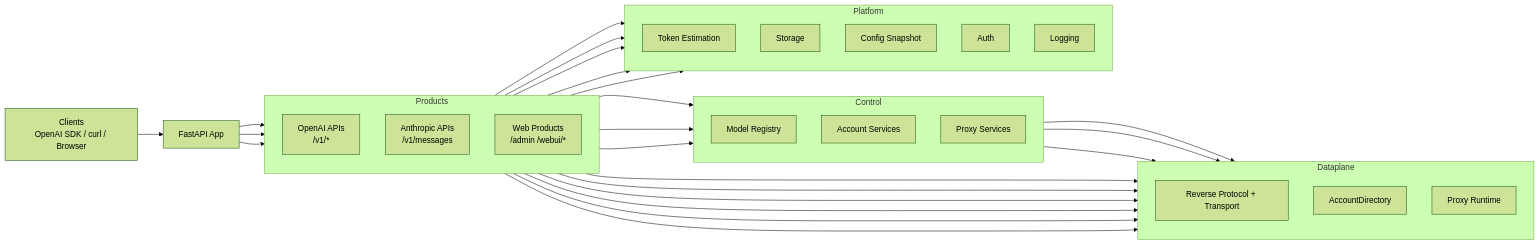
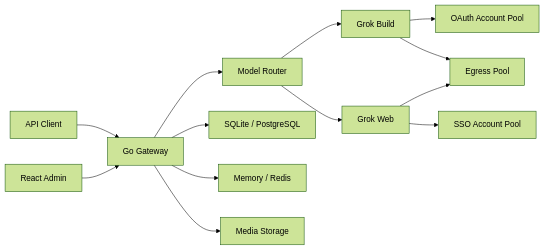
The diagram in README.md (Sakuralaaa/grok2api-minechange), drawn with Mermaid (forest theme) before and after one commit. The commit also changed other lines of this file and 501 other files, not shown here.

First line of the commit message:
Migrate to Go v3 with Web/Build/Console channels.

````diff
--- a/README.md
+++ b/README.md
@@ -30,59 +48,18 @@
 ```mermaid
 flowchart LR
-    Client["Clients\nOpenAI SDK / curl / Browser"] --> API["FastAPI App"]
+    Client["API Client"] --> Gateway["Go Gateway"]
+    Admin["React Admin"] --> Gateway
 
-    subgraph Products["Products"]
-        direction TB
-        OpenAI["OpenAI APIs\n/v1/*"]
-        Anthropic["Anthropic APIs\n/v1/messages"]
-        Web["Web Products\n/admin /webui/*"]
-    end
+    Gateway --> Router["Model Router"]
+    Router --> Build["Grok Build"]
+    Router --> Web["Grok Web"]
 
-    subgraph Control["Control"]
-        direction TB
-        Models["Model Registry"]
-        Accounts["Account Services"]
-        Proxies["Proxy Services"]
-    end
+    Build --> BuildPool["OAuth Account Pool"]
+    Web --> WebPool["SSO Account Pool"]
+    Build --> Egress["Egress Pool"]
+    Web --> Egress
 
-    subgraph Dataplane["Dataplane"]
-        direction TB
-        Reverse["Reverse Protocol + Transport"]
-        AccountDP["AccountDirectory"]
-        ProxyDP["Proxy Runtime"]
-    end
-
-    subgraph Platform["Platform"]
-        direction TB
-        Tokens["Token Estimation"]
-        Storage["Storage"]
-        Config["Config Snapshot"]
-        Auth["Auth"]
-        Log["Logging"]
-    end
-
-    API --> OpenAI
-    API --> Anthropic
-    API --> Web
-
-    OpenAI --> Models
-    OpenAI --> AccountDP
-    OpenAI --> ProxyDP
-    OpenAI --> Reverse
-    OpenAI --> Tokens
-    OpenAI --> Storage
-
-    Anthropic --> Models
-    Anthropic --> AccountDP
-    Anthropic --> ProxyDP
-    Anthropic --> Reverse
-    Anthropic --> Tokens
-
-    Web --> Accounts
-    Web --> Config
-    Web --> Auth
-
-    Accounts --> AccountDP
-    Proxies --> ProxyDP
-    Models --> Reverse
+    Gateway --> Database["SQLite / PostgreSQL"]
+    Gateway --> Runtime["Memory / Redis"]
+    Gateway --> Media["Media Storage"]
 ```
````
